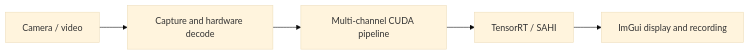
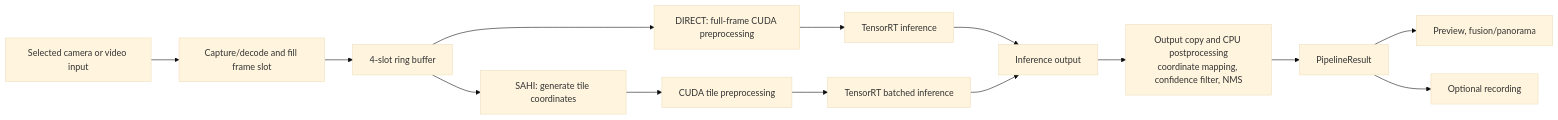
One commit to zshi20000922-a11y/GPU-Multimedia-Processing-Platform changed the second of 2 diagrams in README.en.md. Above: the diagram before and after it, drawn with Mermaid (base theme). The commit also changed other lines of this file and 2 other files, not shown here.

Commit message:
Add architecture diagrams to README

````diff
--- a/README.en.md
+++ b/README.en.md
@@ -20,7 +48,16 @@
 ```mermaid
 flowchart LR
-    IN[Camera / video] --> CAP[Capture and hardware decode]
-    CAP --> PIPE[Multi-channel CUDA pipeline]
-    PIPE --> TRT[TensorRT / SAHI]
-    TRT --> OUT[ImGui display and recording]
+    IN[Selected camera or video input] --> INGEST[Capture/decode and fill frame slot]
+    INGEST --> SLOT[4-slot ring buffer]
+    SLOT --> PRE[DIRECT: full-frame CUDA preprocessing]
+    PRE --> DIRECT[TensorRT inference]
+    SLOT --> TILE[SAHI: generate tile coordinates]
+    TILE --> PRE_TILE[CUDA tile preprocessing]
+    PRE_TILE --> BATCH[TensorRT batched inference]
+    DIRECT --> OUT[Inference output]
+    BATCH --> OUT
+    OUT --> CPU[Output copy and CPU postprocessing<br/>coordinate mapping, confidence filter, NMS]
+    CPU --> RESULT[PipelineResult]
+    RESULT --> VIEW[Preview, fusion/panorama]
+    RESULT --> SAVE[Optional recording]
 ```
````
